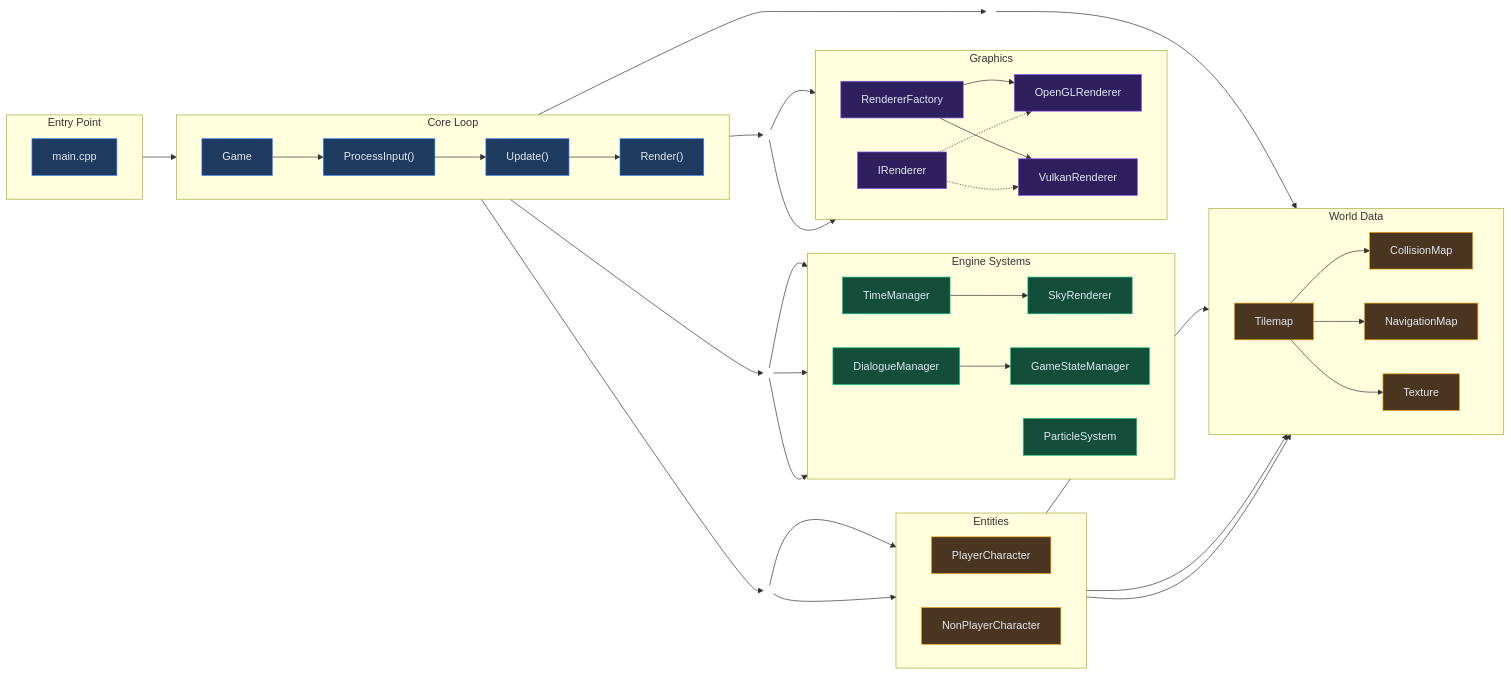
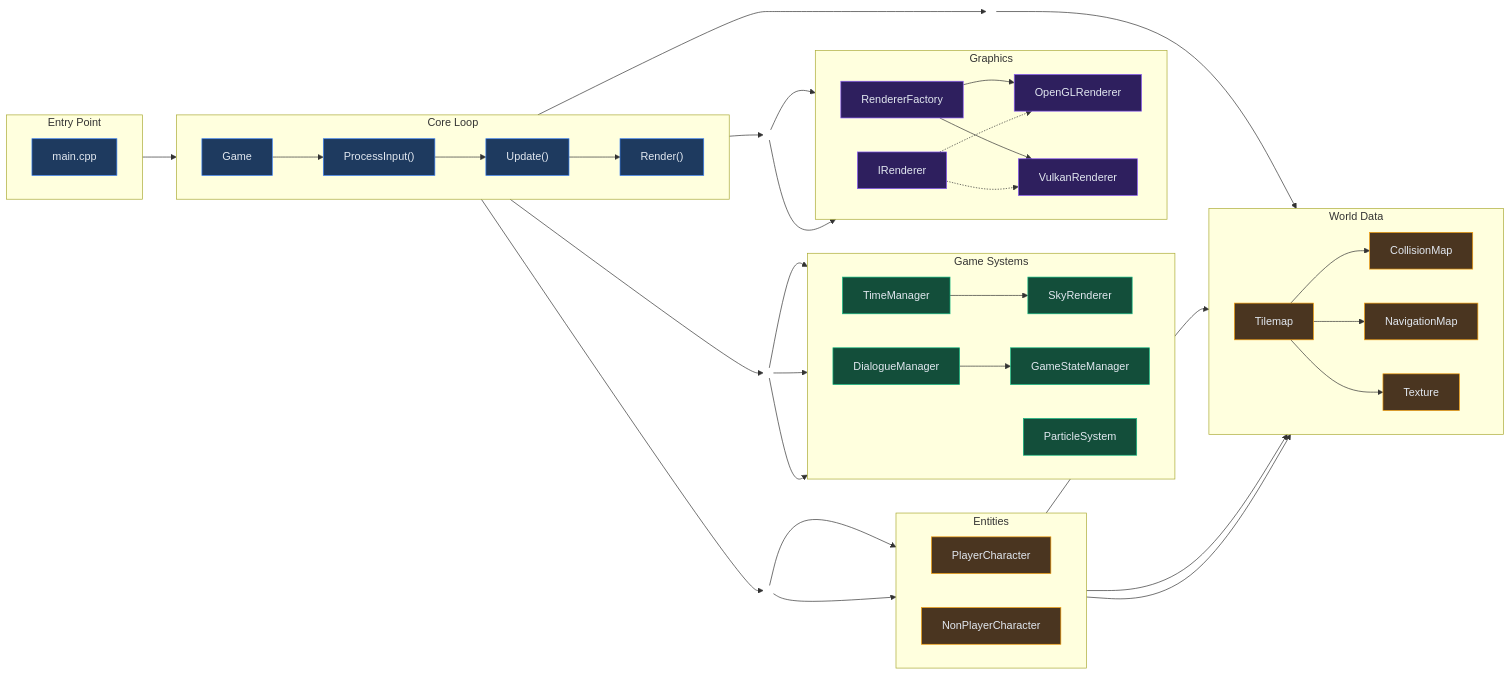
One commit to baaz777/rift changed the first of 8 diagrams in docs/ARCHITECTURE.md. Above: the diagram before and after it, drawn with Mermaid. The commit also changed other lines of this file, not shown here.

Commit message:
🏗️ Reword architecture identity

```diff
--- a/docs/ARCHITECTURE.md
+++ b/docs/ARCHITECTURE.md
@@ -25,7 +25,7 @@
         Render["Render()"]:::core
     end
 
-    subgraph Systems["Engine Systems"]
+    subgraph Systems["Game Systems"]
         direction LR
         Time["TimeManager"]:::system
         Sky["SkyRenderer"]:::system
```
